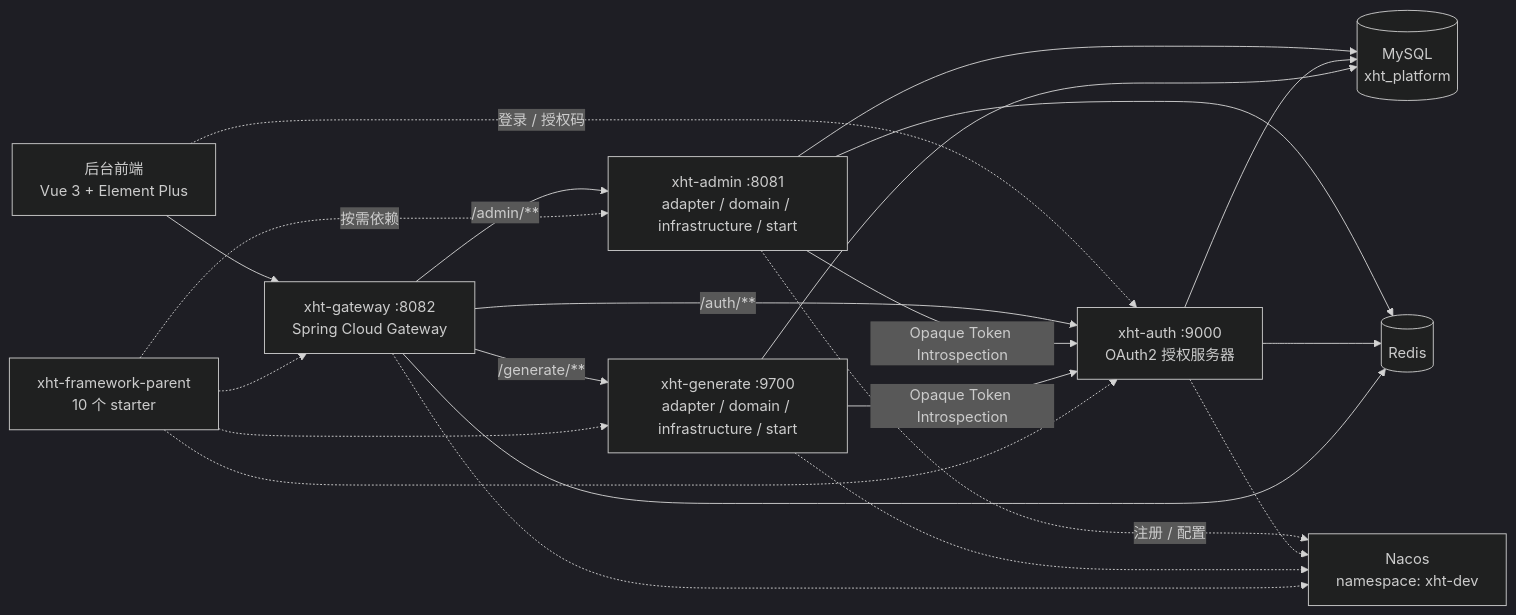
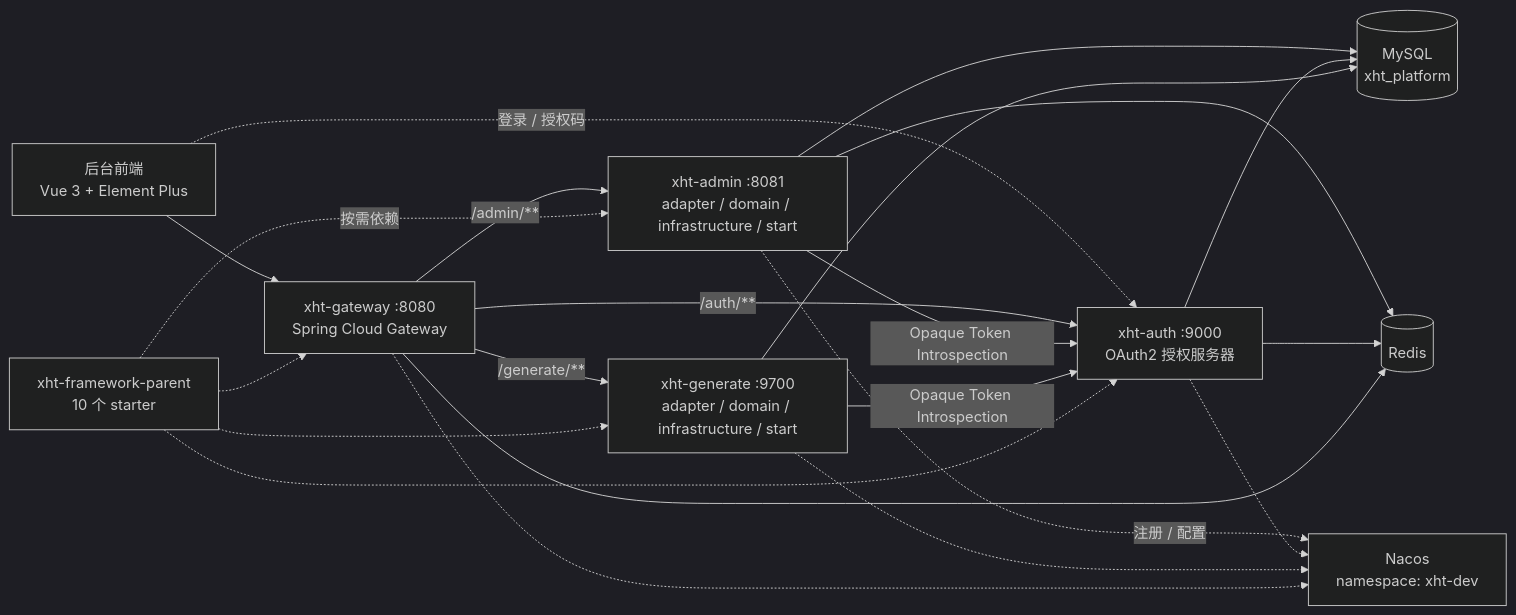
One commit to xhtcode/xht-platform changed the diagram in README.md. Above: the diagram before and after it, drawn with Mermaid (dark theme). The commit also changed other lines of this file and 56 other files, not shown here.

````diff
--- a/README.md
+++ b/README.md
@@ -78,30 +78,30 @@
 ```mermaid
 flowchart LR
-    FE["后台前端<br/>Vue 3 + Element Plus"] --> GW["xht-gateway :8082<br/>Spring Cloud Gateway"]
+    FE["后台前端<br/>Vue 3 + Element Plus"] --> GW["xht-gateway :8080<br/>Spring Cloud Gateway"]
     FE -.->|"登录 / 授权码"| AUTH["xht-auth :9000<br/>OAuth2 授权服务器"]
 
     GW -->|"/admin/**"| ADMIN["xht-admin :8081<br/>adapter / domain / infrastructure / start"]
     GW -->|"/generate/**"| GEN["xht-generate :9700<br/>adapter / domain / infrastructure / start"]
     GW -->|"/auth/**"| AUTH
 
     ADMIN -->|"Opaque Token Introspection"| AUTH
     GEN -->|"Opaque Token Introspection"| AUTH
 
     ADMIN --> DB[("MySQL<br/>xht_platform")]
     AUTH --> DB
     GEN --> DB
 
     ADMIN --> REDIS[("Redis")]
     AUTH --> REDIS
     GW --> REDIS
 
     ADMIN -.->|"注册 / 配置"| NACOS["Nacos<br/>namespace: xht-dev"]
     AUTH -.-> NACOS
     GEN -.-> NACOS
     GW -.-> NACOS
 
     FW["xht-framework-parent<br/>10 个 starter"] -.->|"按需依赖"| ADMIN
     FW -.-> AUTH
     FW -.-> GEN
     FW -.-> GW
 ```
````
